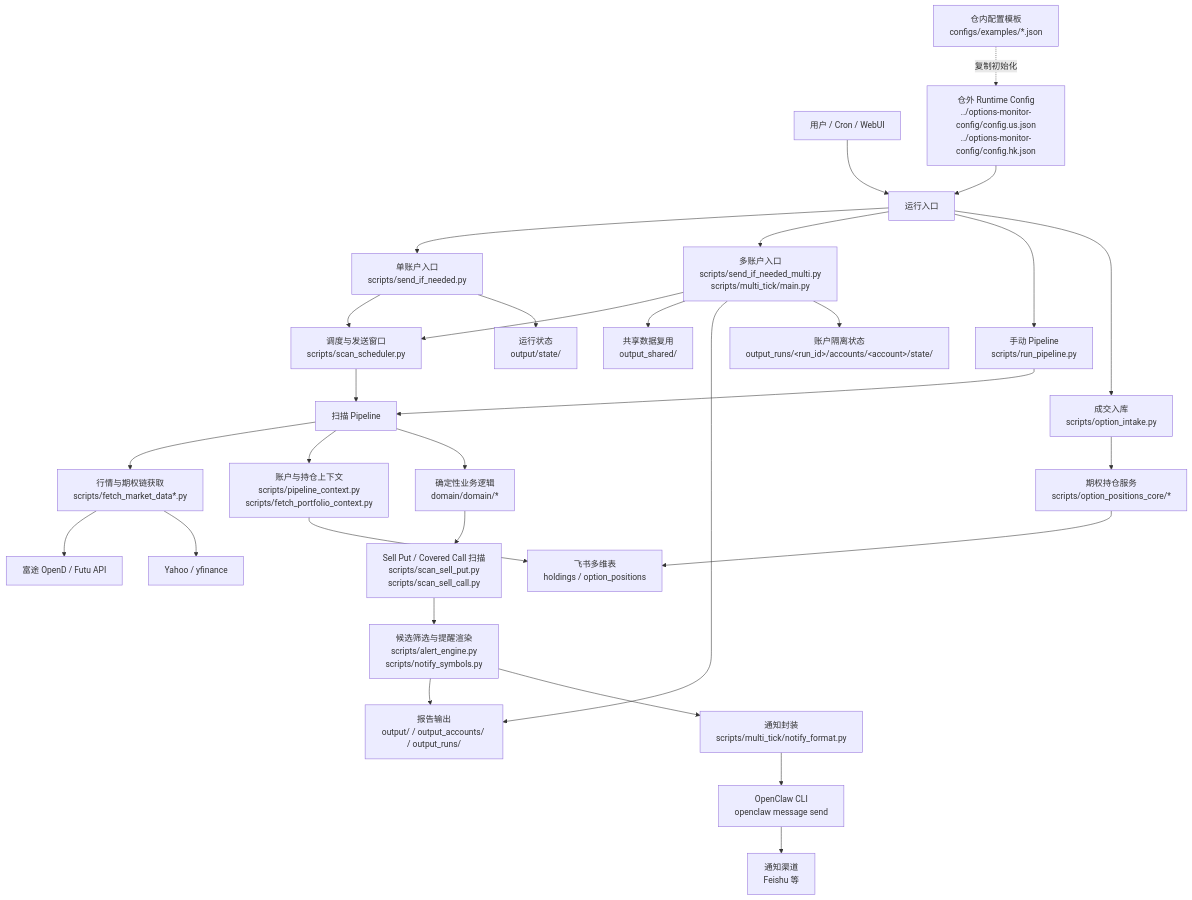
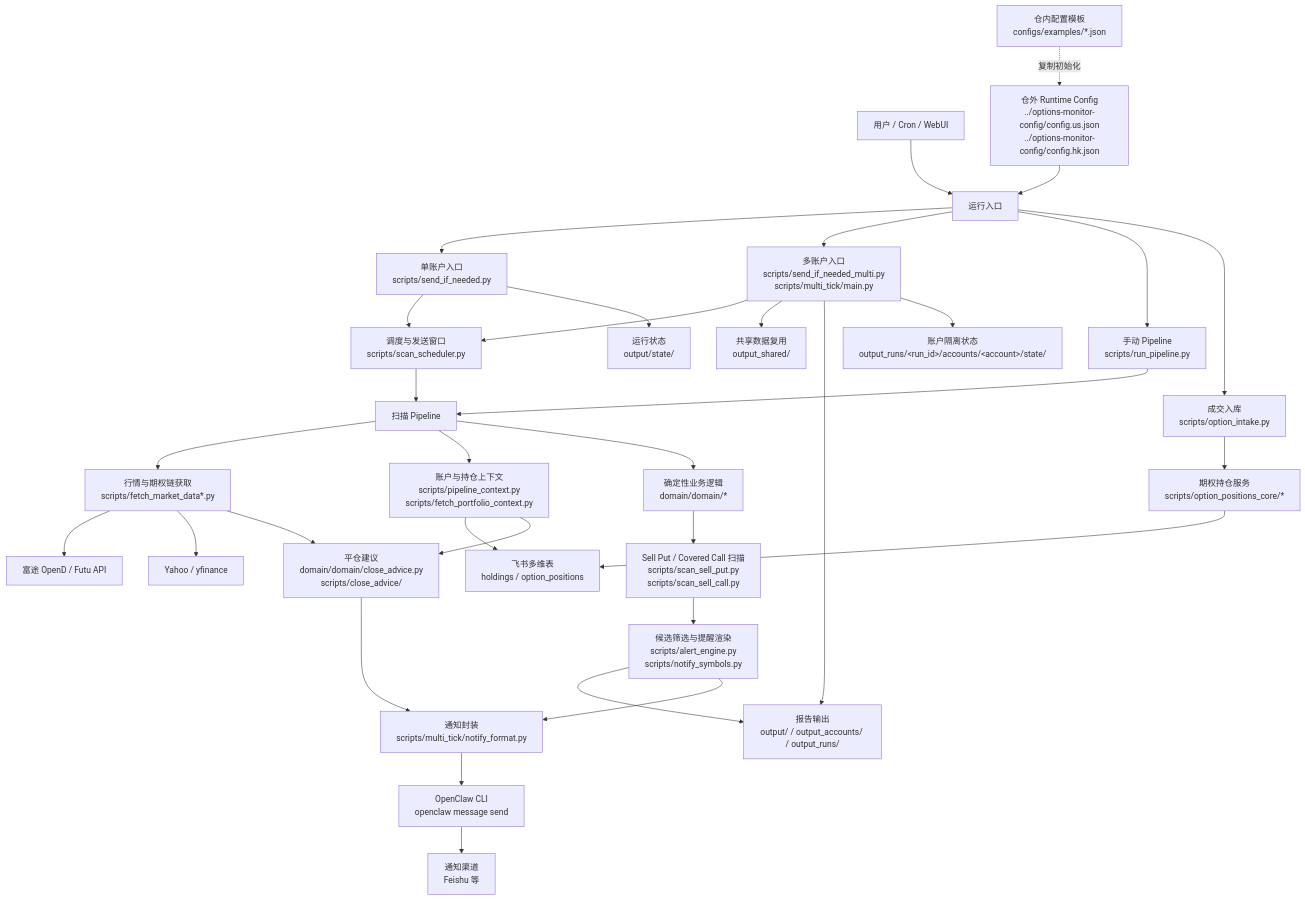
Before and after one commit to liuxie066/options-monitor: the diagram in README.md, drawn with Mermaid. The commit also changed other lines of this file and 1 other file, not shown here.

Commit message:
Document close advice usage

````diff
--- a/README.md
+++ b/README.md
@@ -18,40 +19,43 @@
 ```mermaid
 flowchart TD
     User["用户 / Cron / WebUI"] --> Entrypoints["运行入口"]
     Entrypoints --> Single["单账户入口<br/>scripts/send_if_needed.py"]
     Entrypoints --> Multi["多账户入口<br/>scripts/send_if_needed_multi.py<br/>scripts/multi_tick/main.py"]
     Entrypoints --> Pipeline["手动 Pipeline<br/>scripts/run_pipeline.py"]
     Entrypoints --> Intake["成交入库<br/>scripts/option_intake.py"]
 
     RuntimeConfig["仓外 Runtime Config<br/>../options-monitor-config/config.us.json<br/>../options-monitor-config/config.hk.json"] --> Entrypoints
     Examples["仓内配置模板<br/>configs/examples/*.json"] -.复制初始化.-> RuntimeConfig
 
     Multi --> Scheduler["调度与发送窗口<br/>scripts/scan_scheduler.py"]
     Single --> Scheduler
     Scheduler --> PipelineCore["扫描 Pipeline"]
     Pipeline --> PipelineCore
 
     PipelineCore --> Fetch["行情与期权链获取<br/>scripts/fetch_market_data*.py"]
     Fetch --> OpenD["富途 OpenD / Futu API"]
     Fetch --> Yahoo["Yahoo / yfinance"]
 
     PipelineCore --> Context["账户与持仓上下文<br/>scripts/pipeline_context.py<br/>scripts/fetch_portfolio_context.py"]
     Context --> Feishu["飞书多维表<br/>holdings / option_positions"]
 
     PipelineCore --> Domain["确定性业务逻辑<br/>domain/domain/*"]
     Domain --> Scan["Sell Put / Covered Call 扫描<br/>scripts/scan_sell_put.py<br/>scripts/scan_sell_call.py"]
     Scan --> Alert["候选筛选与提醒渲染<br/>scripts/alert_engine.py<br/>scripts/notify_symbols.py"]
+    Context --> CloseAdvice["平仓建议<br/>domain/domain/close_advice.py<br/>scripts/close_advice/"]
+    Fetch --> CloseAdvice
 
     Multi --> SharedCache["共享数据复用<br/>output_shared/"]
     Alert --> Reports["报告输出<br/>output/ / output_accounts/ / output_runs/"]
     Multi --> Reports
     Single --> State["运行状态<br/>output/state/"]
     Multi --> AccountState["账户隔离状态<br/>output_runs/&lt;run_id&gt;/accounts/&lt;account&gt;/state/"]
 
     Alert --> Notify["通知封装<br/>scripts/multi_tick/notify_format.py"]
+    CloseAdvice --> Notify
     Notify --> OpenClaw["OpenClaw CLI<br/>openclaw message send"]
     OpenClaw --> Channel["通知渠道<br/>Feishu 等"]
 
     Intake --> PositionCore["期权持仓服务<br/>scripts/option_positions_core/*"]
     PositionCore --> Feishu
 ```
````
